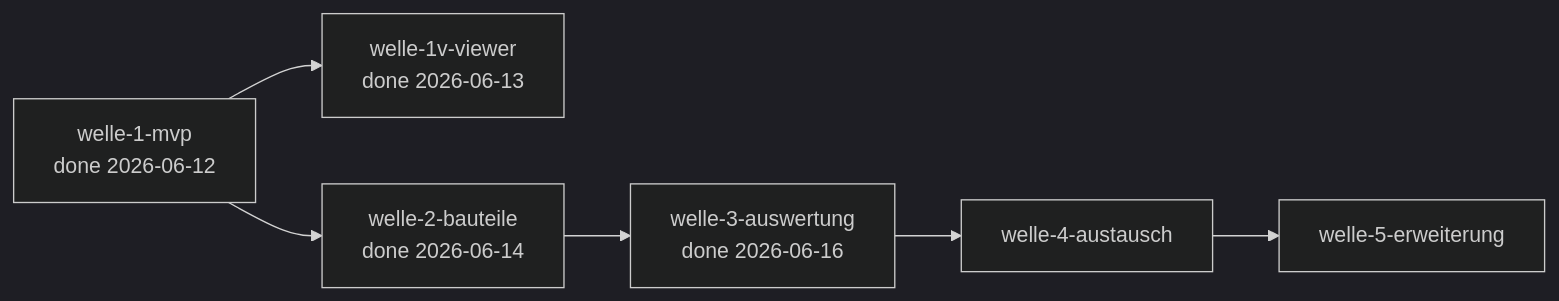
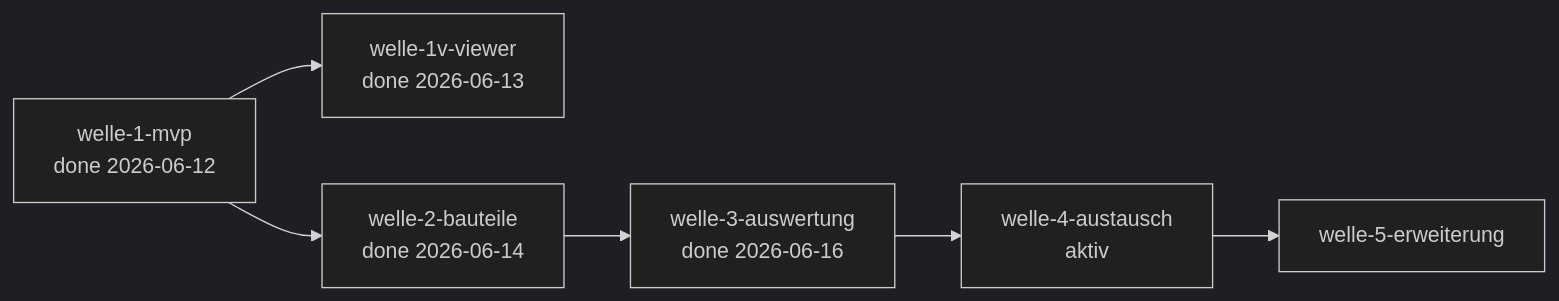
One commit to pt9912/b-cad changed the diagram in docs/plan/planning/in-progress/roadmap.md. Above: the diagram before and after it, drawn with Mermaid (dark theme). The commit also changed other lines of this file and 4 other files, not shown here.

````diff
--- a/docs/plan/planning/in-progress/roadmap.md
+++ b/docs/plan/planning/in-progress/roadmap.md
@@ -43,12 +78,12 @@
 ```mermaid
 flowchart LR
     W1[welle-1-mvp<br/>done 2026-06-12]
     W1V[welle-1v-viewer<br/>done 2026-06-13]
     W2[welle-2-bauteile<br/>done 2026-06-14]
     W3[welle-3-auswertung<br/>done 2026-06-16]
-    W4[welle-4-austausch]
+    W4[welle-4-austausch<br/>aktiv]
     W5[welle-5-erweiterung]
 
     W1 --> W1V
     W1 --> W2 --> W3 --> W4 --> W5
 ```
````
